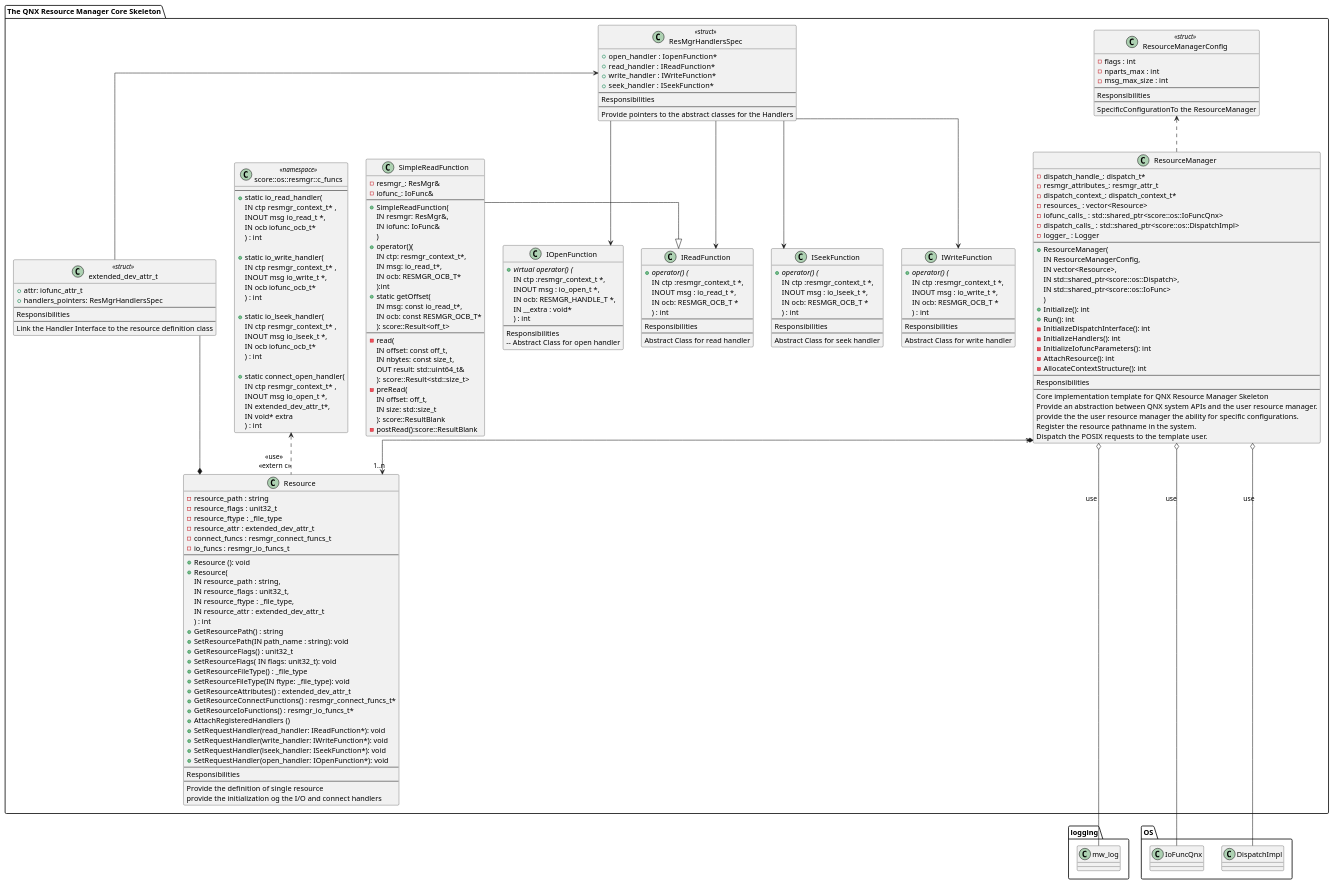
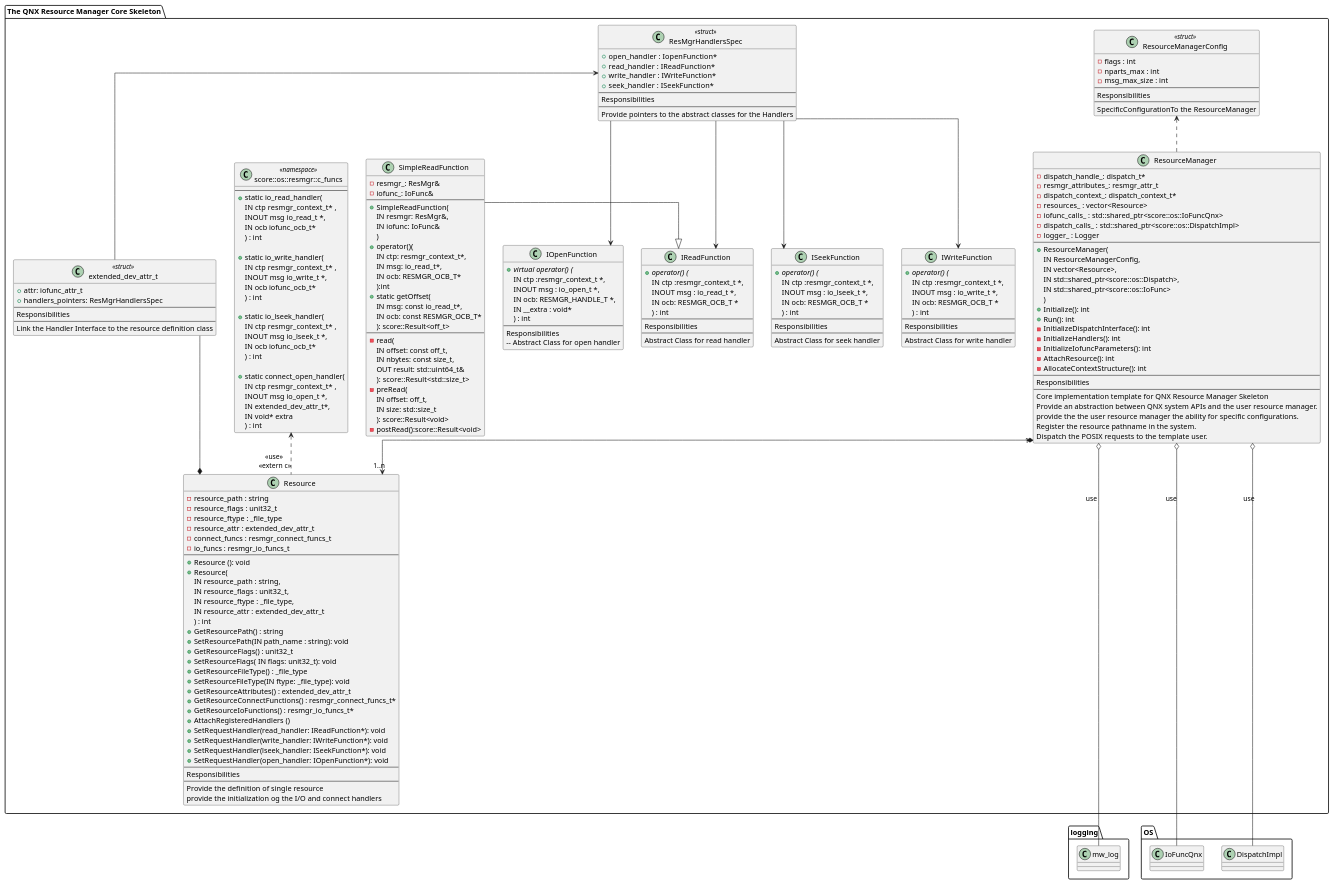
Before and after one commit to eclipse-score/baselibs: the diagram in score/os/utils/qnx/resource_manager/detailed_design/ResourceManager_ClassDiagram.puml, drawn with PlantUML. The commit also changed 67 other files, not shown here.

First line of the commit message:
Remove ResultBlank and Blank aliases

```diff
--- a/score/os/utils/qnx/resource_manager/detailed_design/ResourceManager_ClassDiagram.puml
+++ b/score/os/utils/qnx/resource_manager/detailed_design/ResourceManager_ClassDiagram.puml
@@ -211,8 +211,8 @@
     - preRead(
       IN offset: off_t,
       IN size: std::size_t
-    ): score::ResultBlank
-    - postRead():score::ResultBlank
+    ): score::Result<void>
+    - postRead():score::Result<void>
   }
 }
 
```
